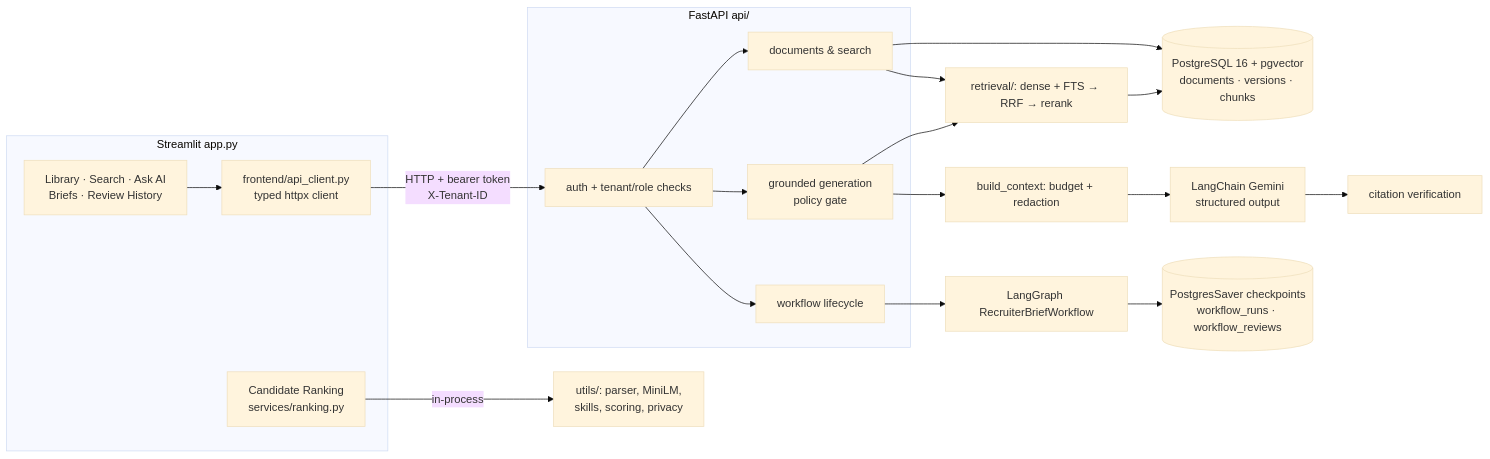
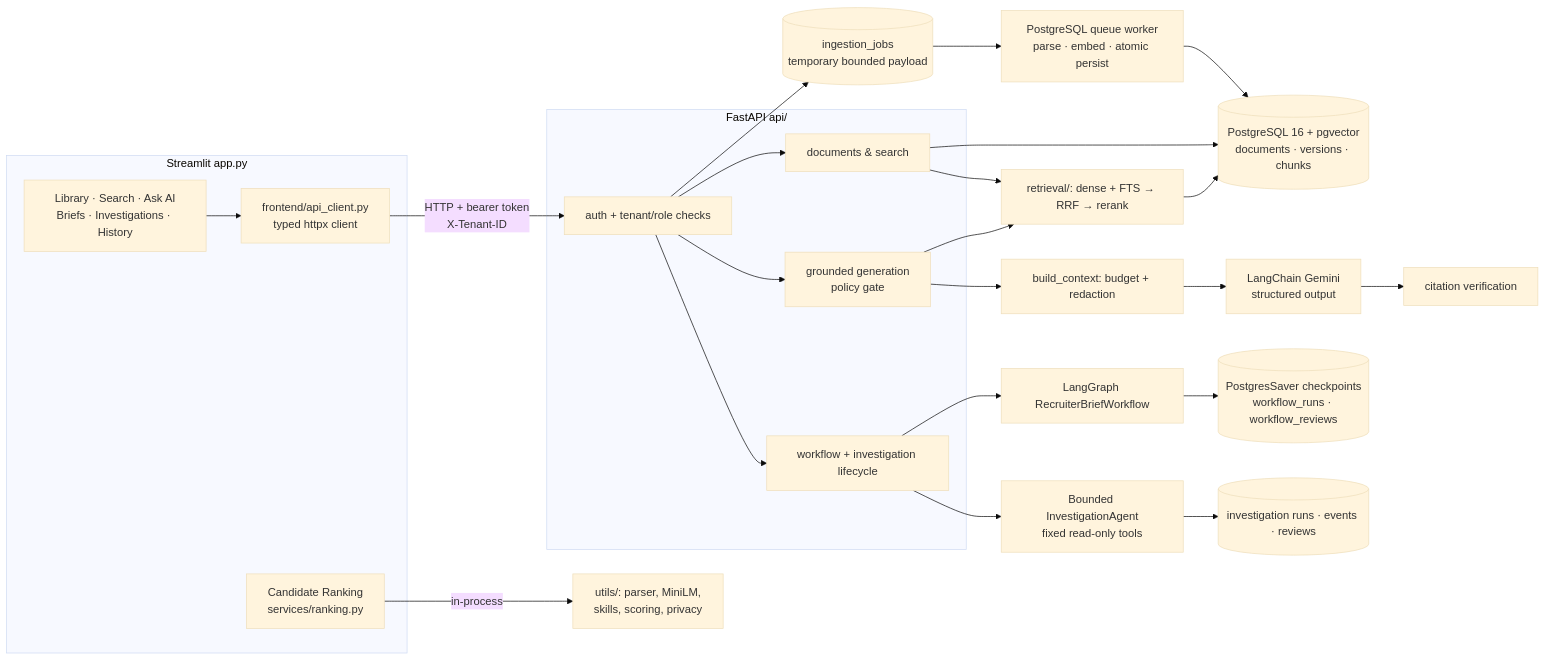
One commit to Anji-2005/ai-resume-ranker changed the diagram in README.md. Above: the diagram before and after it, drawn with Mermaid (base theme). The commit also changed other lines of this file and 60 other files, not shown here.

Commit message:
feat: add V3 agent workflows and background ingestion

````diff
--- a/README.md
+++ b/README.md
@@ -57,22 +62,26 @@
 ```mermaid
 flowchart LR
   subgraph UI[Streamlit app.py]
     R[Candidate Ranking<br/>services/ranking.py]
-    V[Library · Search · Ask AI<br/>Briefs · Review History]
+    V[Library · Search · Ask AI<br/>Briefs · Investigations · History]
     C[frontend/api_client.py<br/>typed httpx client]
   end
   R -->|in-process| U[utils/: parser, MiniLM,<br/>skills, scoring, privacy]
   V --> C -->|HTTP + bearer token<br/>X-Tenant-ID| A
   subgraph API[FastAPI api/]
     A[auth + tenant/role checks] --> D[documents & search]
     A --> G[grounded generation<br/>policy gate]
-    A --> W[workflow lifecycle]
+    A --> W[workflow + investigation lifecycle]
   end
+  A --> IQ[(ingestion_jobs<br/>temporary bounded payload)]
+  IQ --> IW[PostgreSQL queue worker<br/>parse · embed · atomic persist]
+  IW --> P
   D --> P[(PostgreSQL 16 + pgvector<br/>documents · versions · chunks)]
   D --> RP[retrieval/: dense + FTS → RRF → rerank]
   RP --> P
   G --> RP
   G --> CTX[build_context: budget + redaction] --> LLM[LangChain Gemini<br/>structured output]
   LLM --> CV[citation verification]
   W --> LG[LangGraph RecruiterBriefWorkflow] --> CK[(PostgresSaver checkpoints<br/>workflow_runs · workflow_reviews)]
+  W --> IA[Bounded InvestigationAgent<br/>fixed read-only tools] --> IK[(investigation runs · events · reviews)]
 ```
````
